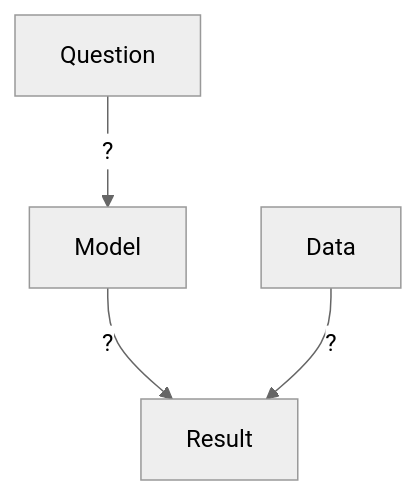
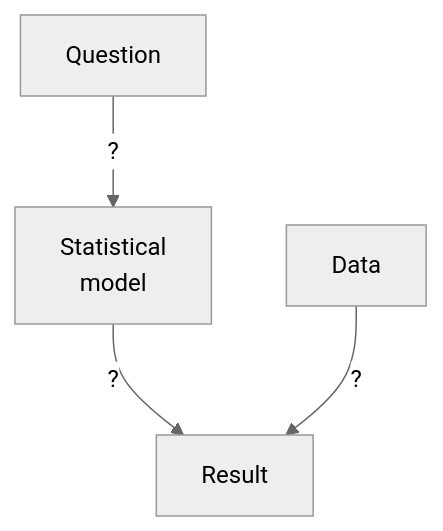
Before and after one commit to rostools/r-cubed-advanced: the fifth of 9 diagrams in sessions/stats-analyses-basic.qmd, drawn with Mermaid (neutral theme). The commit also changed other lines of this file, not shown here.

````diff
--- a/sessions/stats-analyses-basic.qmd
+++ b/sessions/stats-analyses-basic.qmd
@@ -254,5 +291,5 @@
 ```{mermaid}
 flowchart TB
-    q[Question] -->|?| model[Model]
+    q[Question] -->|?| model[Statistical<br>model]
     model & data[Data] -->|?| result[Result]
 ```
````
